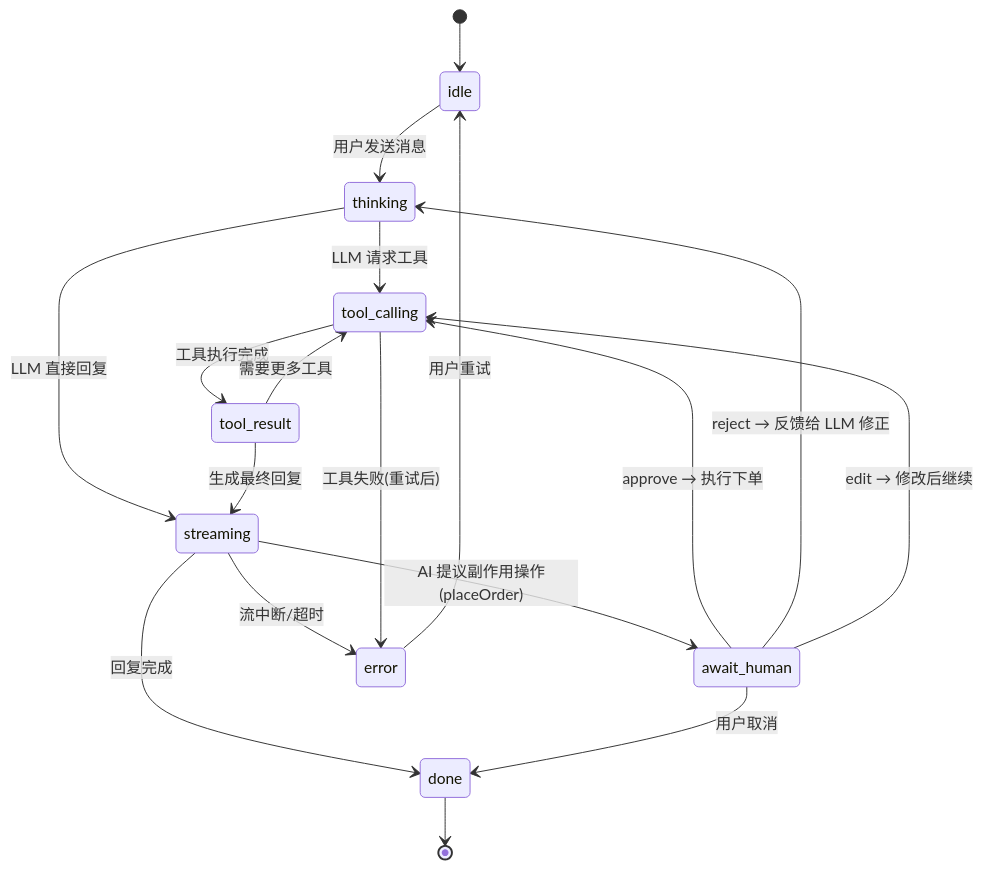
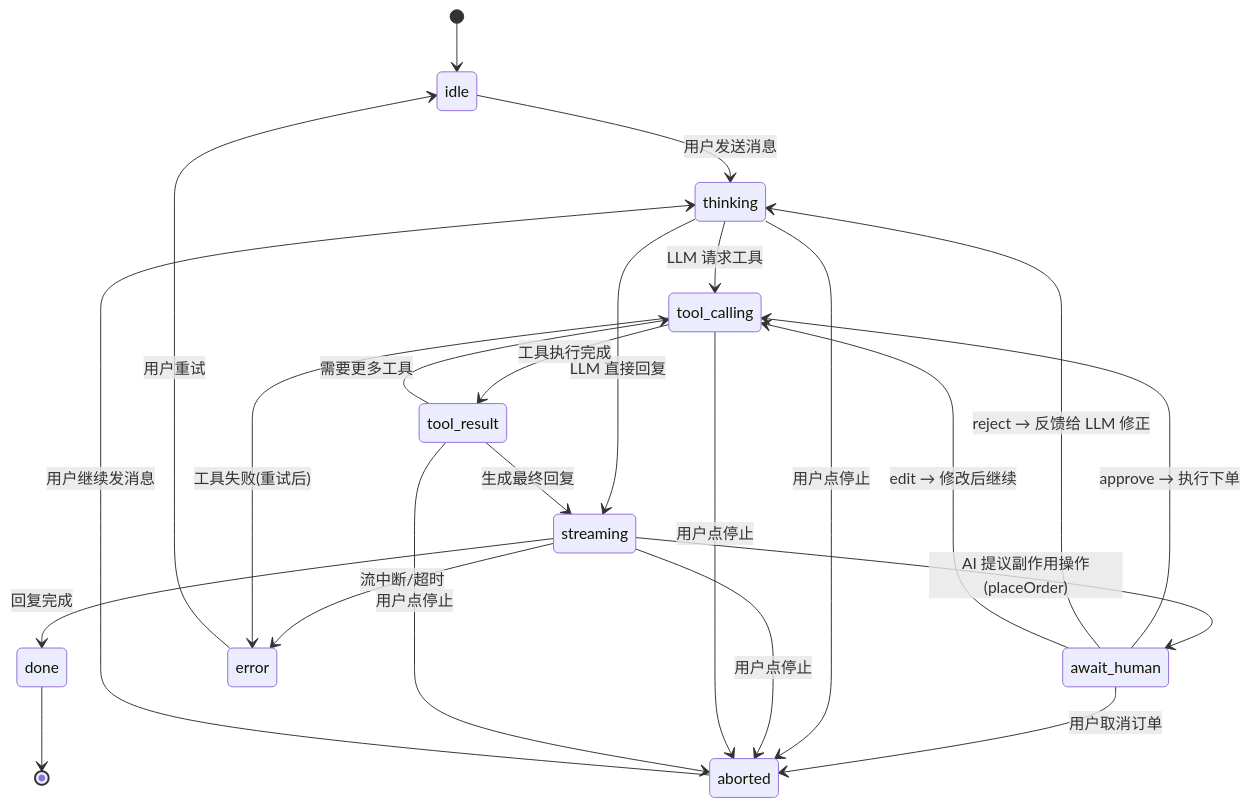
Before and after one commit to hanalice/connect-store: the diagram in docs/ai-assistant-design.md, drawn with Mermaid. The commit also changed other lines of this file and 3 other files, not shown here.

````diff
--- a/docs/ai-assistant-design.md
+++ b/docs/ai-assistant-design.md
@@ -111,20 +121,25 @@
 ```mermaid
 stateDiagram-v2
     [*] --> idle
     idle --> thinking: 用户发送消息
     thinking --> tool_calling: LLM 请求工具
     thinking --> streaming: LLM 直接回复
     tool_calling --> tool_result: 工具执行完成
     tool_result --> tool_calling: 需要更多工具
     tool_result --> streaming: 生成最终回复
     streaming --> await_human: AI 提议副作用操作(placeOrder)
     streaming --> done: 回复完成
     await_human --> tool_calling: approve → 执行下单
     await_human --> thinking: reject → 反馈给 LLM 修正
     await_human --> tool_calling: edit → 修改后继续
-    await_human --> done: 用户取消
+    await_human --> aborted: 用户取消订单
+    thinking --> aborted: 用户点停止
+    streaming --> aborted: 用户点停止
+    tool_calling --> aborted: 用户点停止
+    tool_result --> aborted: 用户点停止
     streaming --> error: 流中断/超时
     tool_calling --> error: 工具失败(重试后)
     error --> idle: 用户重试
+    aborted --> thinking: 用户继续发消息
     done --> [*]
 ```
````
